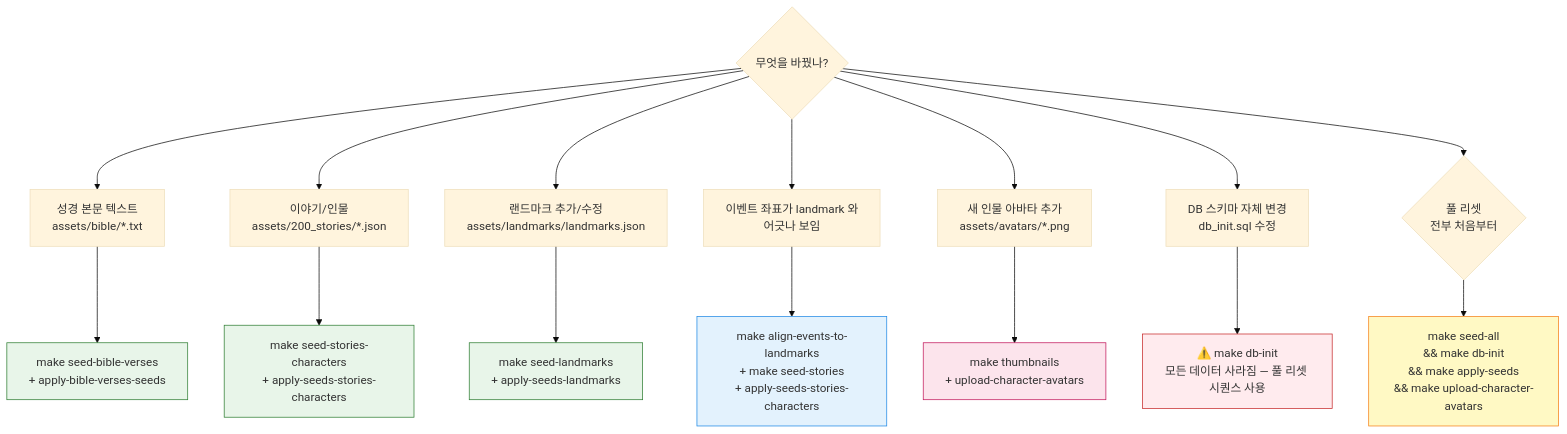
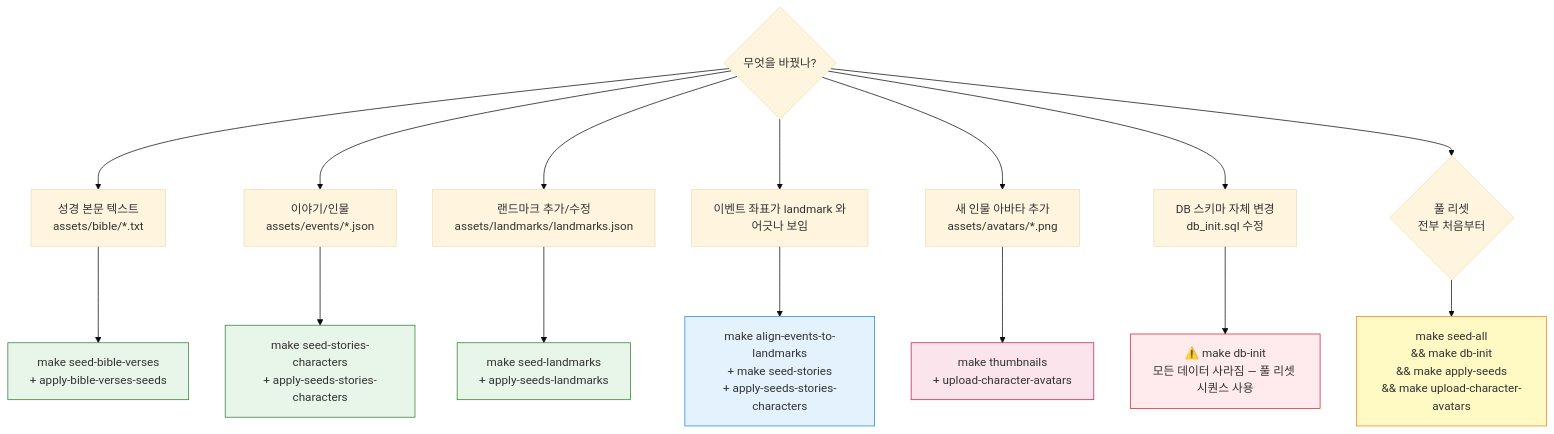
Before and after one commit to brand-i-admin/story_bible: the fourth of 5 diagrams in docs/guides/WORKFLOW_GUIDE.md, drawn with Mermaid (base theme). The commit also changed other lines of this file and 413 other files, not shown here.

````diff
--- a/docs/guides/WORKFLOW_GUIDE.md
+++ b/docs/guides/WORKFLOW_GUIDE.md
@@ -392,33 +392,33 @@
 ```mermaid
 flowchart TD
     Q{무엇을 바꿨나?}
 
     Q --> S1[성경 본문 텍스트<br/>assets/bible/*.txt]
     S1 --> C1[make seed-bible-verses<br/>+ apply-bible-verses-seeds]
 
-    Q --> S2[이야기/인물<br/>assets/200_stories/*.json]
+    Q --> S2[이야기/인물<br/>assets/events/*.json]
     S2 --> C2[make seed-stories-characters<br/>+ apply-seeds-stories-characters]
 
     Q --> S3[랜드마크 추가/수정<br/>assets/landmarks/landmarks.json]
     S3 --> C3[make seed-landmarks<br/>+ apply-seeds-landmarks]
 
     Q --> S5[이벤트 좌표가 landmark 와<br/>어긋나 보임]
     S5 --> C5[make align-events-to-landmarks<br/>+ make seed-stories<br/>+ apply-seeds-stories-characters]
 
     Q --> S6[새 인물 아바타 추가<br/>assets/avatars/*.png]
     S6 --> C6[make thumbnails<br/>+ upload-character-avatars]
 
     Q --> S7[DB 스키마 자체 변경<br/>db_init.sql 수정]
     S7 --> C7[⚠️ make db-init<br/>모든 데이터 사라짐 — 풀 리셋 시퀀스 사용]
 
     Q --> S8{풀 리셋<br/>전부 처음부터}
     S8 --> C8[make seed-all<br/>&& make db-init<br/>&& make apply-seeds<br/>&& make upload-character-avatars]
 
     style C1 fill:#E8F5E9,stroke:#2E7D32
     style C2 fill:#E8F5E9,stroke:#2E7D32
     style C3 fill:#E8F5E9,stroke:#2E7D32
     style C5 fill:#E3F2FD,stroke:#1E88E5
     style C6 fill:#FCE4EC,stroke:#C2185B
     style C7 fill:#FFEBEE,stroke:#C62828
     style C8 fill:#FFF9C4,stroke:#F57F17
 ```
````
